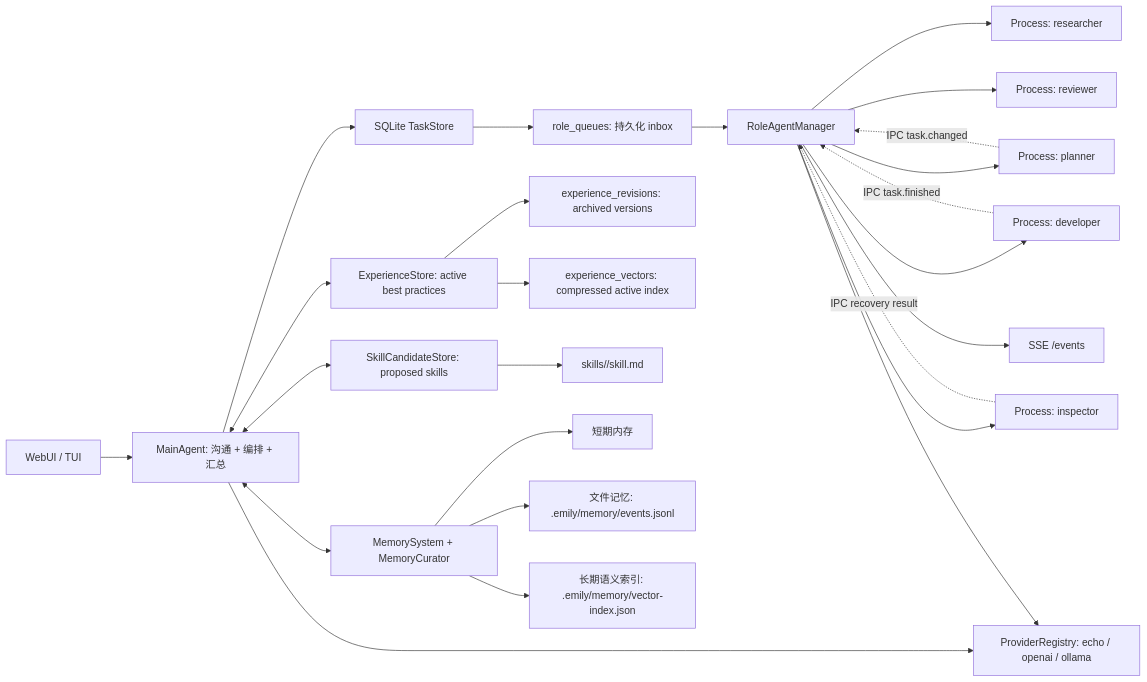
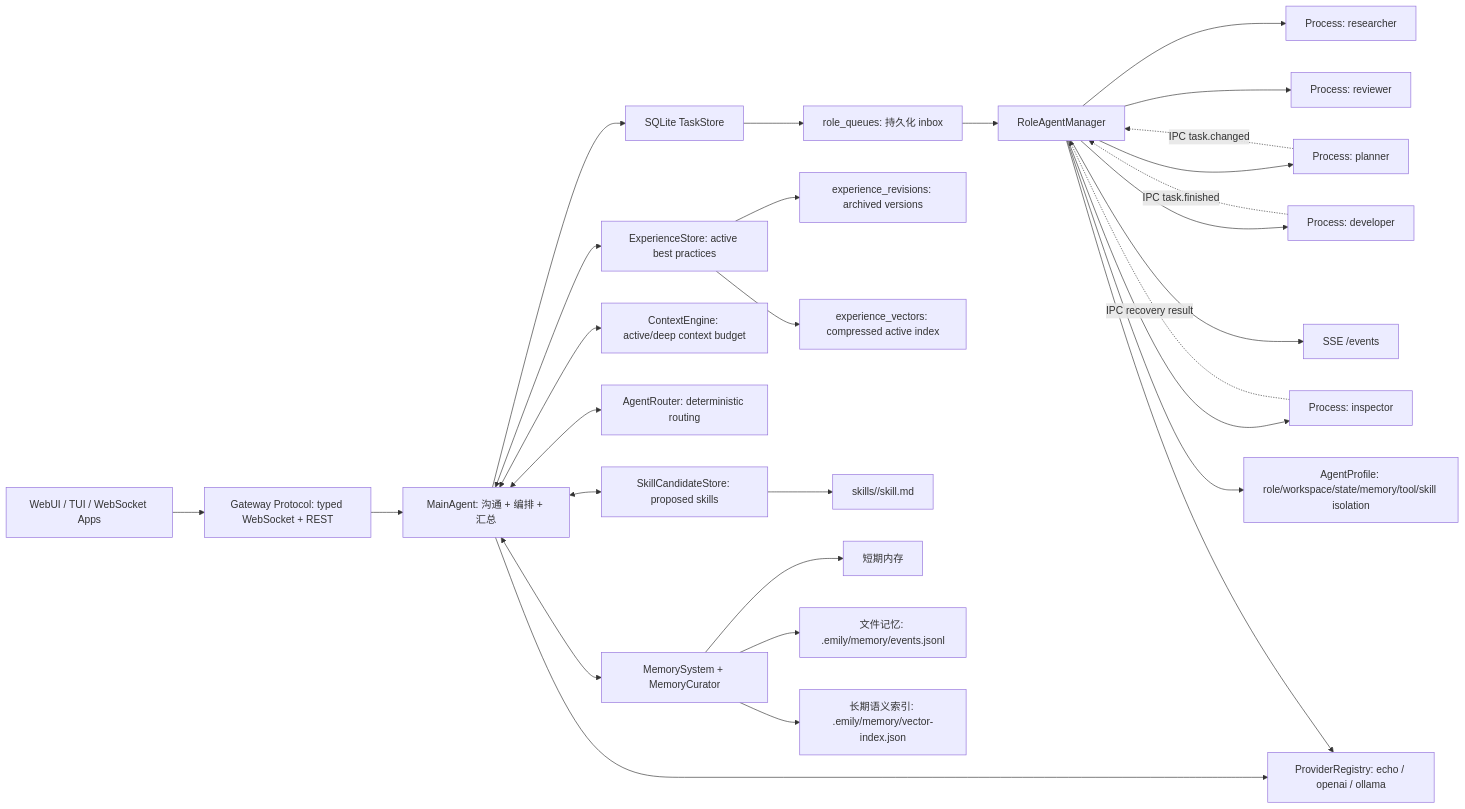
The diagram in README.md (yuxin0613/emily-agent), drawn with Mermaid before and after one commit. The commit also changed other lines of this file and 19 other files, not shown here.

````diff
--- a/README.md
+++ b/README.md
@@ -9,27 +9,31 @@
 ```mermaid
 flowchart LR
-  UI["WebUI / TUI"] --> Main["MainAgent: 沟通 + 编排 + 汇总"]
+  UI["WebUI / TUI / WebSocket Apps"] --> Gateway["Gateway Protocol: typed WebSocket + REST"]
+  Gateway --> Main["MainAgent: 沟通 + 编排 + 汇总"]
   Main --> Store["SQLite TaskStore"]
   Store --> Queue["role_queues: 持久化 inbox"]
   Queue --> Manager["RoleAgentManager"]
   Manager --> Planner["Process: planner"]
   Manager --> Developer["Process: developer"]
   Manager --> Researcher["Process: researcher"]
   Manager --> Reviewer["Process: reviewer"]
   Manager --> Inspector["Process: inspector"]
   Main --> Providers["ProviderRegistry: echo / openai / ollama"]
   Manager --> Providers
   Planner -. "IPC task.changed" .-> Manager
   Developer -. "IPC task.finished" .-> Manager
   Inspector -. "IPC recovery result" .-> Manager
   Manager --> Events["SSE /events"]
   Main <--> Memory["MemorySystem + MemoryCurator"]
+  Main <--> Context["ContextEngine: active/deep context budget"]
+  Main <--> Router["AgentRouter: deterministic routing"]
   Main <--> Experience["ExperienceStore: active best practices"]
   Experience --> Revisions["experience_revisions: archived versions"]
   Experience --> Compressed["experience_vectors: compressed active index"]
   Main <--> SkillCandidates["SkillCandidateStore: proposed skills"]
   SkillCandidates --> SkillFiles["skills/<skill>/skill.md"]
   Memory --> RAM["短期内存"]
   Memory --> File["文件记忆: .emily/memory/events.jsonl"]
   Memory --> Vector["长期语义索引: .emily/memory/vector-index.json"]
+  Manager --> Profile["AgentProfile: role/workspace/state/memory/tool/skill isolation"]
 ```
````
